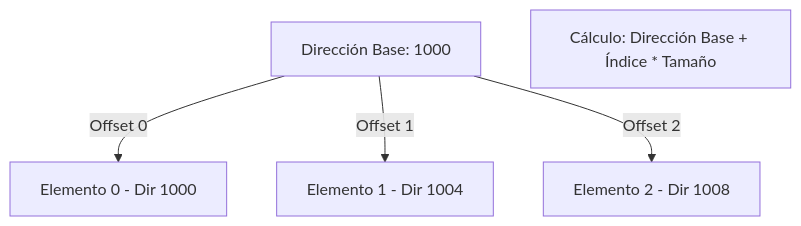
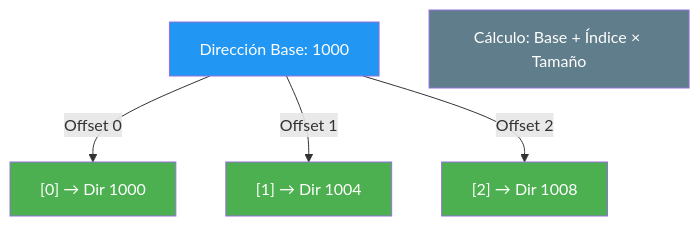
One commit to joseluisgs/Programacion-03-2026-2027 changed the second of 3 diagrams in 01-introduccion-arrays.md. Above: the diagram before and after it, drawn with Mermaid. The commit also changed other lines of this file and 7 other files, not shown here.

````diff
--- a/01-introduccion-arrays.md
+++ b/01-introduccion-arrays.md
@@ -44,8 +58,12 @@
 ```mermaid
 graph TD
-    BASE[Dirección Base: 1000]
-    BASE -->|Offset 0| E0[Elemento 0 - Dir 1000]
-    BASE -->|Offset 1| E1[Elemento 1 - Dir 1004]
-    BASE -->|Offset 2| E2[Elemento 2 - Dir 1008]
-    CALC[Cálculo: Dirección Base + Índice * Tamaño]
+    BASE["Dirección Base: 1000"] -->|"Offset 0"| E0["[0] → Dir 1000"]
+    BASE -->|"Offset 1"| E1["[1] → Dir 1004"]
+    BASE -->|"Offset 2"| E2["[2] → Dir 1008"]
+    CALC["Cálculo: Base + Índice × Tamaño"]
+    style BASE fill:#2196F3,color:#fff
+    style E0 fill:#4CAF50,color:#fff
+    style E1 fill:#4CAF50,color:#fff
+    style E2 fill:#4CAF50,color:#fff
+    style CALC fill:#607D8B,color:#fff
 ```
````
